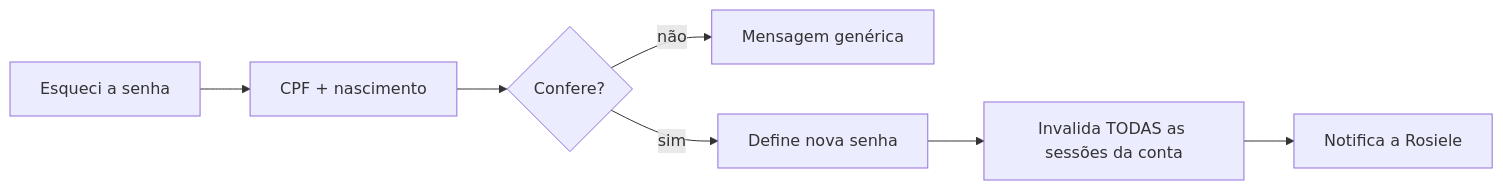
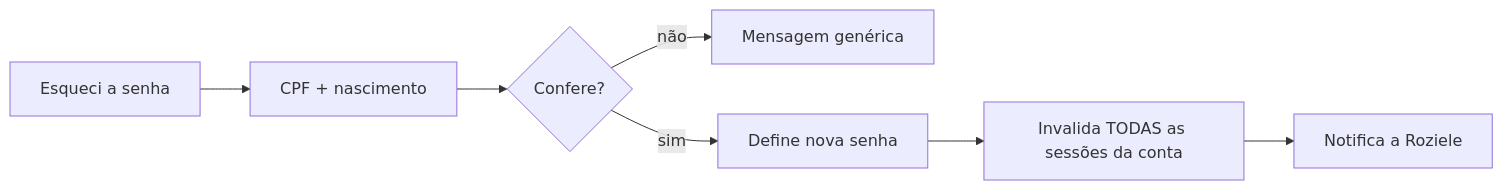
Before and after one commit to alanaraujo-bit/RoHair: the fifth of 11 diagrams in docs/07-FLUXOS.md, drawn with Mermaid. The commit also changed other lines of this file and 52 other files, not shown here.

````diff
--- a/docs/07-FLUXOS.md
+++ b/docs/07-FLUXOS.md
@@ -175,9 +175,9 @@
 ```mermaid
 flowchart LR
     A["Esqueci a senha"] --> B["CPF + nascimento"]
     B --> C{"Confere?"}
     C -->|não| D["Mensagem genérica"]
     C -->|sim| E["Define nova senha"]
     E --> F["Invalida TODAS as sessões da conta"]
-    F --> G["Notifica a Rosiele"]
+    F --> G["Notifica a Roziele"]
 ```
````
